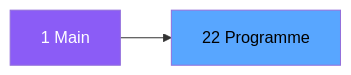
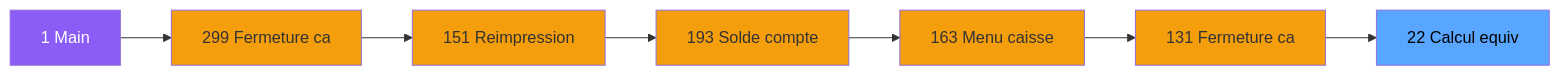
The second of 3 diagrams in .openspec/specs/ADH-IDE-22.md (thonyAGP/magic-migration), drawn with Mermaid before and after one commit. The commit also changed other lines of this file and 323 other files, not shown here.

````diff
--- a/.openspec/specs/ADH-IDE-22.md
+++ b/.openspec/specs/ADH-IDE-22.md
@@ -99,8 +121,23 @@
 ```mermaid
 graph LR
     M[1 Main]
-    T[22 Programme]
-    M --> T
+    N299[299 Fermeture ca]
+    N151[151 Reimpression]
+    N193[193 Solde compte]
+    N163[163 Menu caisse ]
+    N131[131 Fermeture ca]
+    T[22 Calcul equiv]
+    M --> N299
+    N299 --> N151
+    N151 --> N193
+    N193 --> N163
+    N163 --> N131
+    N131 --> T
     style M fill:#8b5cf6,color:#fff
+    style N299 fill:#f59e0b
+    style N151 fill:#f59e0b
+    style N193 fill:#f59e0b
+    style N163 fill:#f59e0b
+    style N131 fill:#f59e0b
     style T fill:#58a6ff,color:#000
 ```
````
